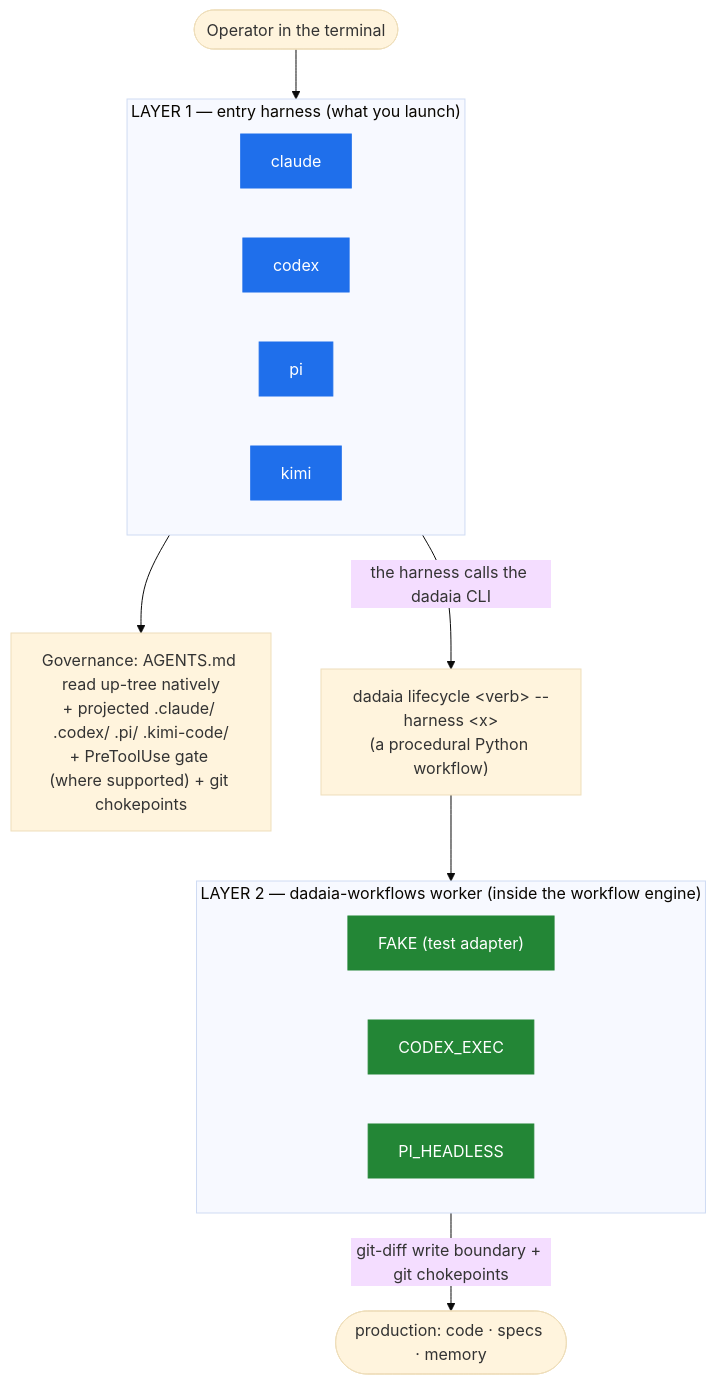
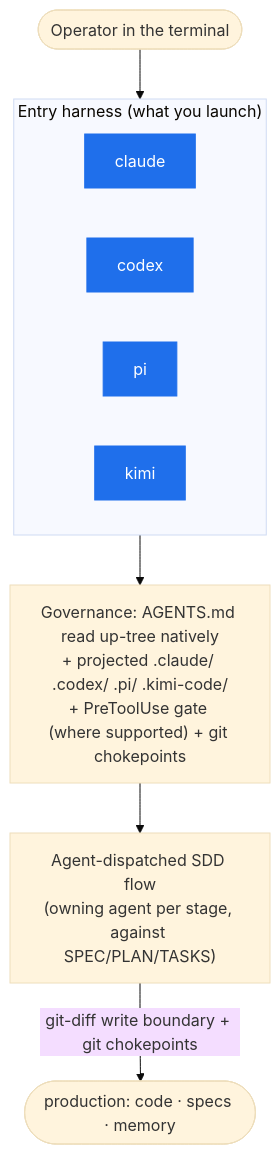
One commit to marcoaureliomenezes/dadaia-workspace changed the first of 2 diagrams in README.md. Above: the diagram before and after it, drawn with Mermaid (base theme). The commit also changed other lines of this file and 33 other files, not shown here.

Commit message:
docs(T-30-07..09): DADAIA.md Arm A engine-free; full prose sweep to zero engine residue; import-linter contracts pruned (cap 29→16)

````diff
--- a/README.md
+++ b/README.md
@@ -55,24 +60,16 @@
 ```mermaid
 flowchart TB
     OP(["Operator in the terminal"])
-    subgraph L1["LAYER 1 — entry harness (what you launch)"]
+    subgraph L1["Entry harness (what you launch)"]
         direction LR
         CC["claude"]:::h
         CX["codex"]:::h
         PI["pi"]:::h
         KC["kimi"]:::h
     end
     GOV["Governance: AGENTS.md read up-tree natively<br/>+ projected .claude/ .codex/ .pi/ .kimi-code/<br/>+ PreToolUse gate (where supported) + git chokepoints"]
-    CLI["dadaia lifecycle &lt;verb&gt; --harness &lt;x&gt;<br/>(a procedural Python workflow)"]
-    subgraph L2["LAYER 2 — dadaia-workflows worker (inside the workflow engine)"]
-        direction LR
-        FK["FAKE (test adapter)"]:::w
-        CXk["CODEX_EXEC"]:::w
-        PIk["PI_HEADLESS"]:::w
-    end
-    OP --> L1 --> GOV
-    L1 -->|"the harness calls the dadaia CLI"| CLI --> L2
-    L2 -->|"git-diff write boundary + git chokepoints"| OUT(["production: code · specs · memory"])
+    DISPATCH["Agent-dispatched SDD flow<br/>(owning agent per stage, against SPEC/PLAN/TASKS)"]
+    OP --> L1 --> GOV --> DISPATCH
+    DISPATCH -->|"git-diff write boundary + git chokepoints"| OUT(["production: code · specs · memory"])
     classDef h fill:#1f6feb,color:#fff,stroke:#1f6feb;
-    classDef w fill:#238636,color:#fff,stroke:#238636;
 ```
````
